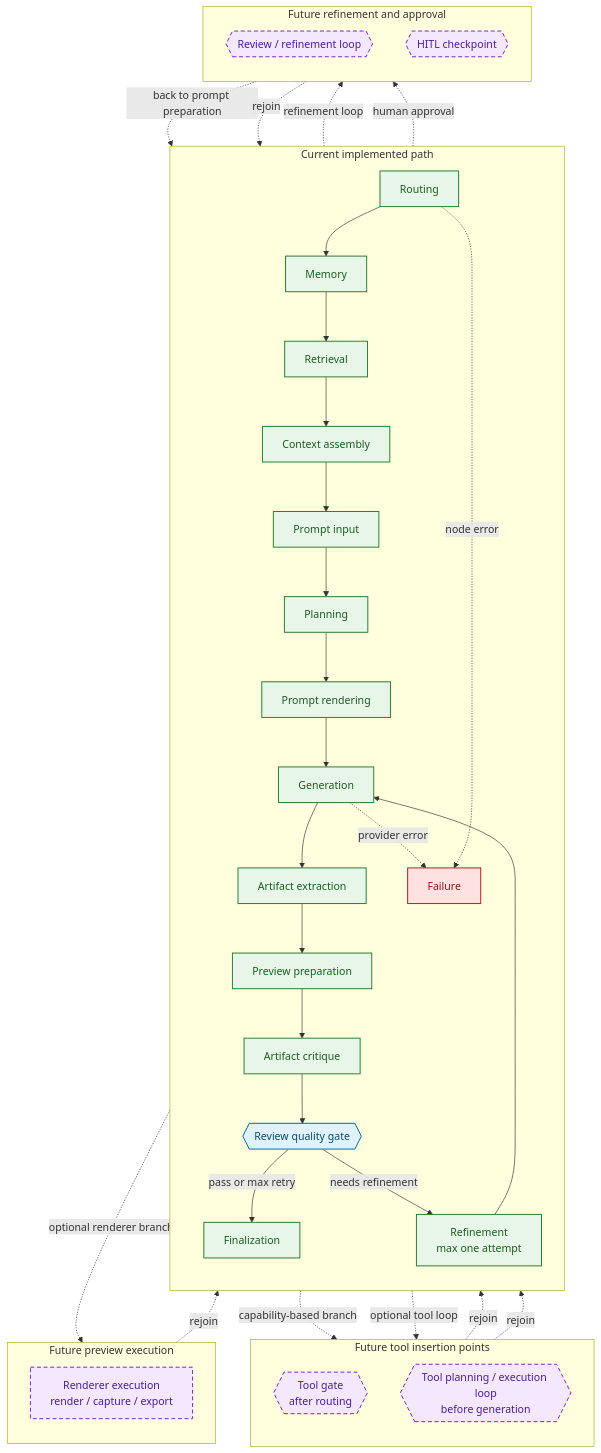
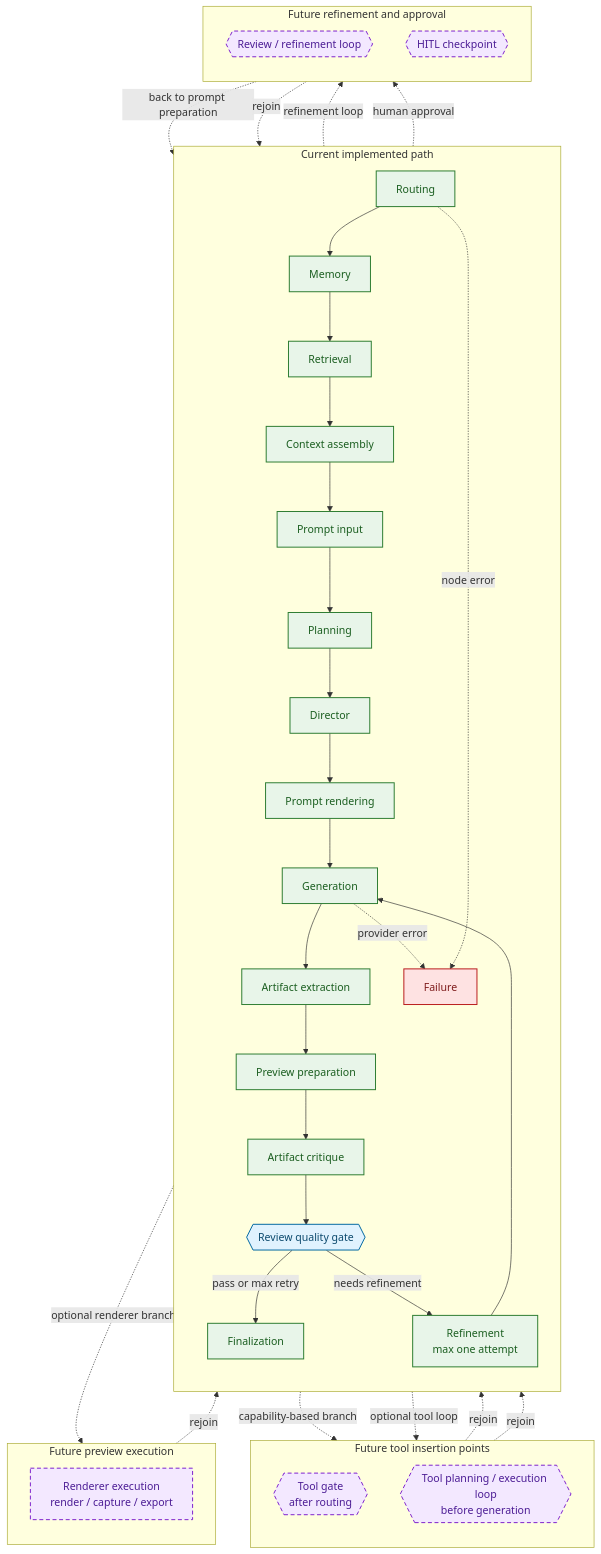
One commit to lmguerrini/creative-coding-assistant changed the third of 3 diagrams in architecture/workflow_graph.md. Above: the diagram before and after it, drawn with Mermaid. The commit also changed other lines of this file and 17 other files, not shown here.

````diff
--- a/architecture/workflow_graph.md
+++ b/architecture/workflow_graph.md
@@ -271,64 +275,65 @@
 ```mermaid
 flowchart TB
     classDef implemented fill:#E8F5E9,stroke:#2E7D32,color:#1B5E20,stroke-width:1.5px;
     classDef gate fill:#E0F2FE,stroke:#0369A1,color:#0C4A6E,stroke-width:1.5px;
     classDef failure fill:#FEE2E2,stroke:#B91C1C,color:#7F1D1D,stroke-width:1.5px;
     classDef future fill:#F3E8FF,stroke:#7E22CE,color:#4C1D95,stroke-width:1.5px,stroke-dasharray: 6 4;
 
     subgraph current_path["Current implemented path"]
         direction TB
         routing["Routing"]
         memory["Memory"]
         retrieval["Retrieval"]
         context_assembly["Context assembly"]
         prompt_input["Prompt input"]
         planning["Planning"]
+        director["Director"]
         prompt_rendering["Prompt rendering"]
         generation["Generation"]
         artifact_extraction["Artifact extraction"]
         preview_preparation["Preview preparation"]
         artifact_critique["Artifact critique"]
         review{{"Review quality gate"}}
         refinement["Refinement<br/>max one attempt"]
         finalization["Finalization"]
         failure["Failure"]
-        routing --> memory --> retrieval --> context_assembly --> prompt_input --> planning --> prompt_rendering --> generation --> artifact_extraction --> preview_preparation --> artifact_critique --> review
+        routing --> memory --> retrieval --> context_assembly --> prompt_input --> planning --> director --> prompt_rendering --> generation --> artifact_extraction --> preview_preparation --> artifact_critique --> review
         review -->|"pass or max retry"| finalization
         review -->|"needs refinement"| refinement --> generation
         generation -. provider error .-> failure
         routing -. node error .-> failure
     end
 
     subgraph future_tools["Future tool insertion points"]
         direction TB
         tool_gate{{Tool gate<br/>after routing}}
         tool_loop{{Tool planning / execution loop<br/>before generation}}
     end
 
     subgraph future_preview["Future preview execution"]
         direction TB
         preview["Renderer execution<br/>render / capture / export"]
     end
 
     subgraph future_refinement["Future refinement and approval"]
         direction TB
         retry{{Review / refinement loop}}
         hitl{{HITL checkpoint}}
     end
 
     routing -. capability-based branch .-> tool_gate
     tool_gate -. rejoin .-> memory
     prompt_rendering -. optional tool loop .-> tool_loop
     tool_loop -. rejoin .-> generation
     preview_preparation -. optional renderer branch .-> preview
     preview -. rejoin .-> artifact_critique
     review -. refinement loop .-> retry
     retry -. back to prompt preparation .-> prompt_input
     review -. human approval .-> hitl
     hitl -. rejoin .-> finalization
 
-    class routing,memory,retrieval,context_assembly,prompt_input,planning,prompt_rendering,generation,artifact_extraction,preview_preparation,artifact_critique,refinement,finalization implemented
+    class routing,memory,retrieval,context_assembly,prompt_input,planning,director,prompt_rendering,generation,artifact_extraction,preview_preparation,artifact_critique,refinement,finalization implemented
     class review gate
     class failure failure
     class tool_gate,tool_loop,preview,retry,hitl future
 ```
````
